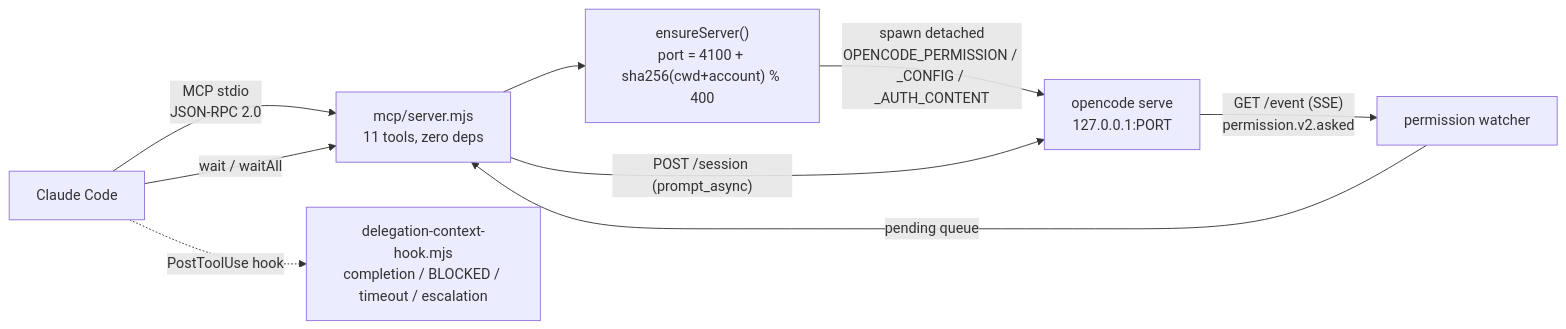
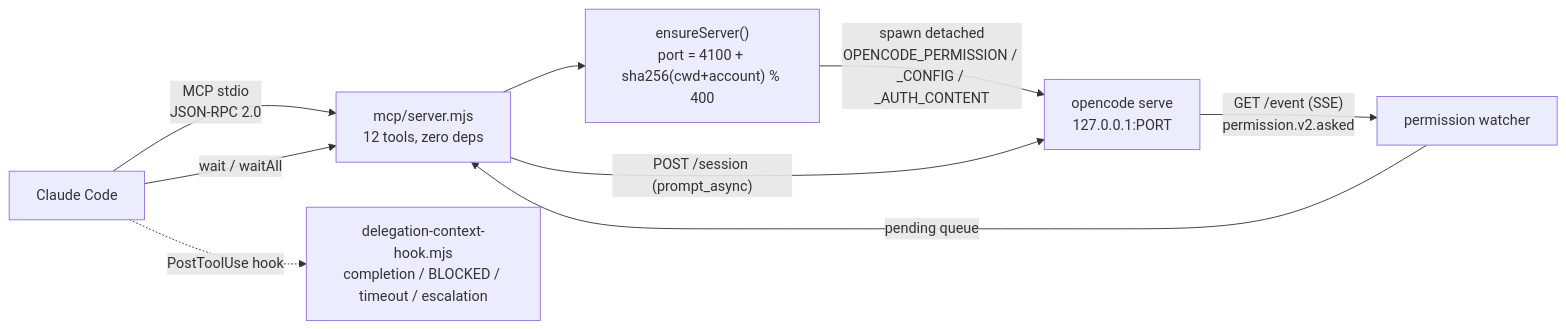
Before and after one commit to naicud/opencode-plugin-cc: the first of 3 diagrams in README.md, drawn with Mermaid. The commit also changed other lines of this file and 20 other files, not shown here.

````diff
--- a/README.md
+++ b/README.md
@@ -371,11 +396,11 @@
 ```mermaid
 flowchart LR
-    CC["Claude Code"] -->|"MCP stdio<br/>JSON-RPC 2.0"| SRV["mcp/server.mjs<br/>11 tools, zero deps"]
+    CC["Claude Code"] -->|"MCP stdio<br/>JSON-RPC 2.0"| SRV["mcp/server.mjs<br/>12 tools, zero deps"]
     SRV --> ES["ensureServer()<br/>port = 4100 + sha256(cwd+account) % 400"]
     ES -->|spawn detached<br/>OPENCODE_PERMISSION / _CONFIG / _AUTH_CONTENT| OC["opencode serve<br/>127.0.0.1:PORT"]
     SRV -->|"POST /session (prompt_async)"| OC
     OC -->|"GET /event (SSE)<br/>permission.v2.asked"| W["permission watcher"]
     W -->|pending queue| SRV
     CC -->|"wait / waitAll"| SRV
     CC -.->|"PostToolUse hook"| HOOK["delegation-context-hook.mjs<br/>completion / BLOCKED / timeout / escalation"]
 ```
````
